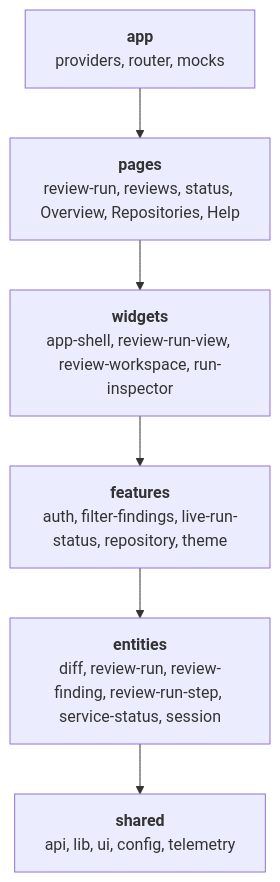
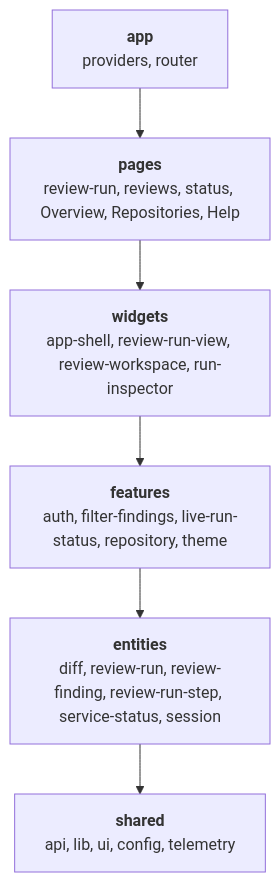
Before and after one commit to larchanka-training/dmc-268-ui-t1: the first of 2 diagrams in FRONTEND_ARCHITECTURE.md, drawn with Mermaid. The commit also changed other lines of this file and 54 other files, not shown here.

````diff
--- a/FRONTEND_ARCHITECTURE.md
+++ b/FRONTEND_ARCHITECTURE.md
@@ -154,10 +153,10 @@
 ```mermaid
 flowchart TB
-    app["<b>app</b><br/>providers, router, mocks"]
+    app["<b>app</b><br/>providers, router"]
     pages["<b>pages</b><br/>review-run, reviews, status, Overview, Repositories, Help"]
     widgets["<b>widgets</b><br/>app-shell, review-run-view, review-workspace, run-inspector"]
     features["<b>features</b><br/>auth, filter-findings, live-run-status, repository, theme"]
     entities["<b>entities</b><br/>diff, review-run, review-finding, review-run-step, service-status, session"]
     shared["<b>shared</b><br/>api, lib, ui, config, telemetry"]
     app --> pages --> widgets --> features --> entities --> shared
 ```
````
